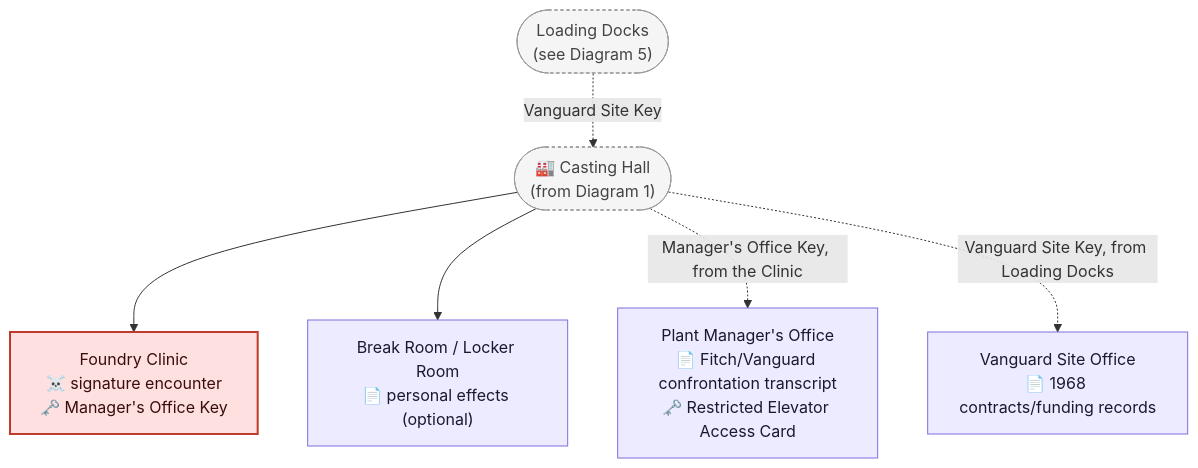
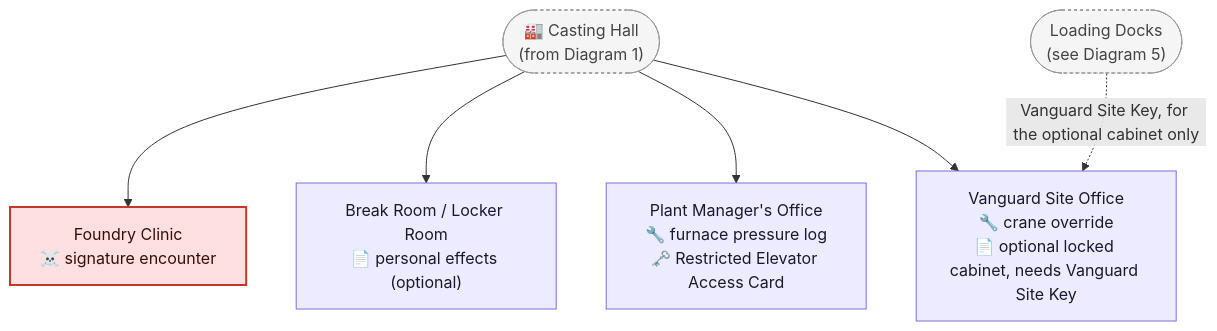
One commit to GIToez/Deadlock-Design changed the second of 5 diagrams in DESIGN/Locations/Foundry_Refinery.md. Above: the diagram before and after it, drawn with Mermaid. The commit also changed other lines of this file and 8 other files, not shown here.

````diff
--- a/DESIGN/Locations/Foundry_Refinery.md
+++ b/DESIGN/Locations/Foundry_Refinery.md
@@ -465,22 +467,22 @@
 ```mermaid
 flowchart TD
     HALLREF(["🏭 Casting Hall<br/>(from Diagram 1)"])
     DOCKSREF(["Loading Docks<br/>(see Diagram 5)"])
-    CLINIC["Foundry Clinic<br/>☠️ signature encounter<br/>🗝️ Manager's Office Key"]
+    CLINIC["Foundry Clinic<br/>☠️ signature encounter"]
     BREAK["Break Room / Locker Room<br/>📄 personal effects (optional)"]
-    OFFICE["Plant Manager's Office<br/>📄 Fitch/Vanguard confrontation transcript<br/>🗝️ Restricted Elevator Access Card"]
-    VSITE["Vanguard Site Office<br/>📄 1968 contracts/funding records"]
+    OFFICE["Plant Manager's Office<br/>🔧 furnace pressure log<br/>🗝️ Restricted Elevator Access Card"]
+    VSITE["Vanguard Site Office<br/>🔧 crane override<br/>📄 optional locked cabinet, needs Vanguard Site Key"]
 
     HALLREF --> CLINIC
     HALLREF --> BREAK
-    HALLREF -. Manager's Office Key, from the Clinic .-> OFFICE
-    DOCKSREF -. Vanguard Site Key .-> HALLREF
-    HALLREF -. Vanguard Site Key, from Loading Docks .-> VSITE
+    HALLREF --> OFFICE
+    HALLREF --> VSITE
+    DOCKSREF -. Vanguard Site Key, for the optional cabinet only .-> VSITE
 
     classDef room fill:#EDEBFF,stroke:#7C6EE0,color:#1a1a2e
     classDef boss fill:#FFE0E0,stroke:#C0392B,color:#3a0d0d,stroke-width:2px
     classDef ref fill:#F5F5F5,stroke:#999999,color:#444444,stroke-dasharray:3 3
     class HALLREF,DOCKSREF ref
     class BREAK,OFFICE,VSITE room
     class CLINIC boss
 ```
````
